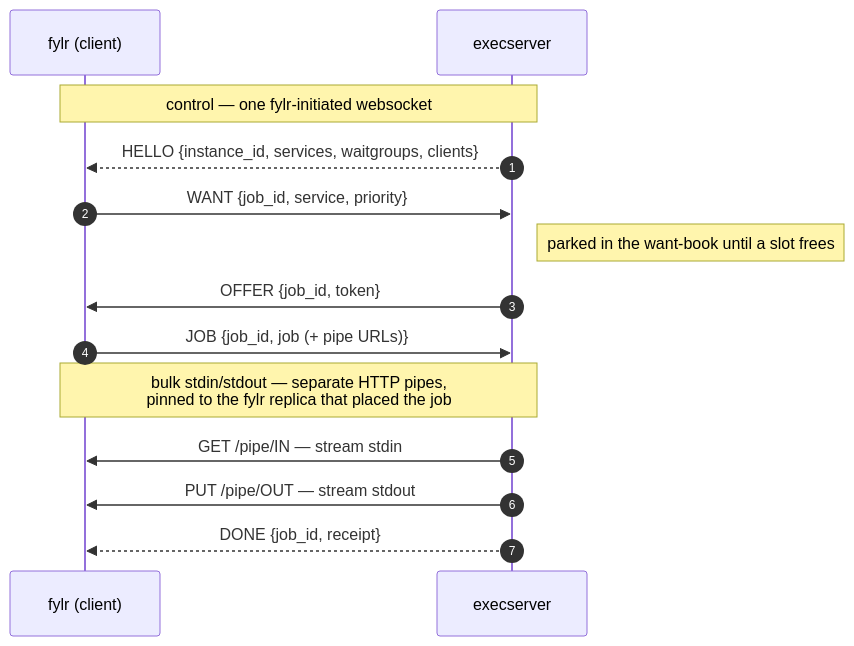
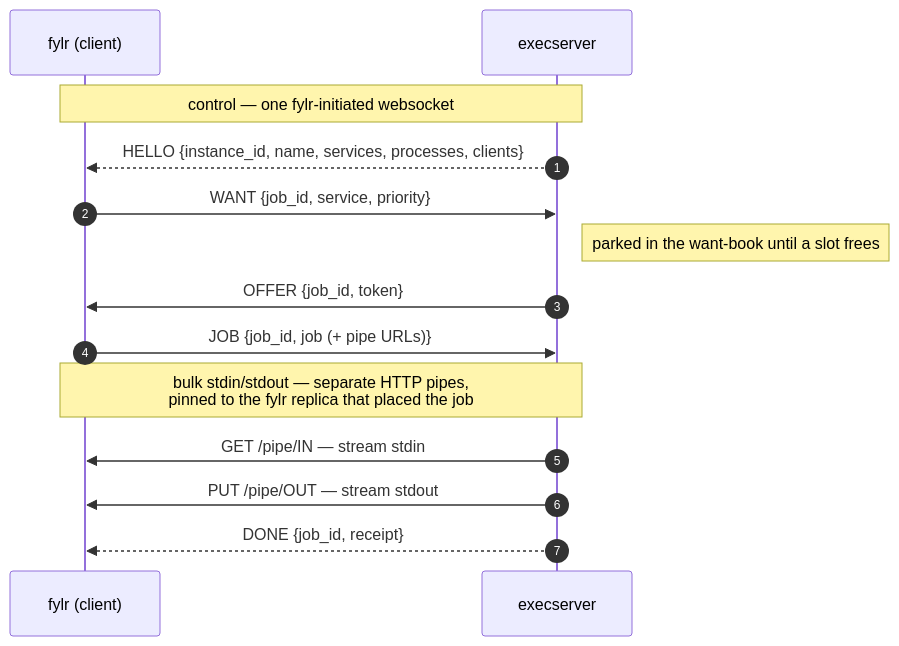
Before and after one commit to programmfabrik/fylr-gitbook: the diagram in for-developers/execserver.md, drawn with Mermaid. The commit also changed other lines of this file, not shown here.

Commit message:
Execserver: HELLO carries the hostname and the pool size, not waitgroups (fylr 6.35)
see fylr #80136

````diff
--- a/for-developers/execserver.md
+++ b/for-developers/execserver.md
@@ -22,16 +22,16 @@
 ```mermaid
 sequenceDiagram
     autonumber
     participant F as fylr (client)
     participant X as execserver
     Note over F,X: control — one fylr-initiated websocket
-    X-->>F: HELLO {instance_id, services, waitgroups, clients}
+    X-->>F: HELLO {instance_id, name, services, processes, clients}
     F->>X: WANT {job_id, service, priority}
     Note right of X: parked in the want-book until a slot frees
     X->>F: OFFER {job_id, token}
     F->>X: JOB {job_id, job (+ pipe URLs)}
     Note over F,X: bulk stdin/stdout — separate HTTP pipes,<br/>pinned to the fylr replica that placed the job
     X->>F: GET /pipe/IN — stream stdin
     X->>F: PUT /pipe/OUT — stream stdout
     X-->>F: DONE {job_id, receipt}
 ```
````
